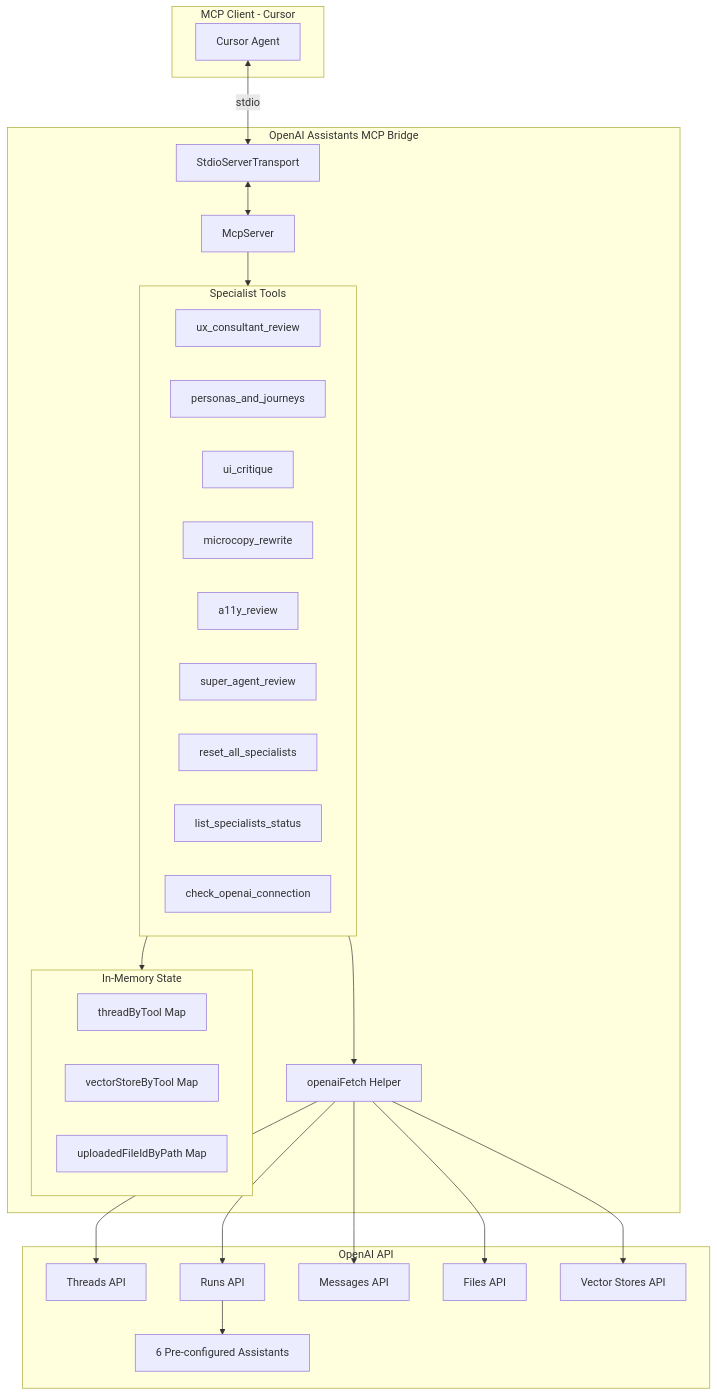
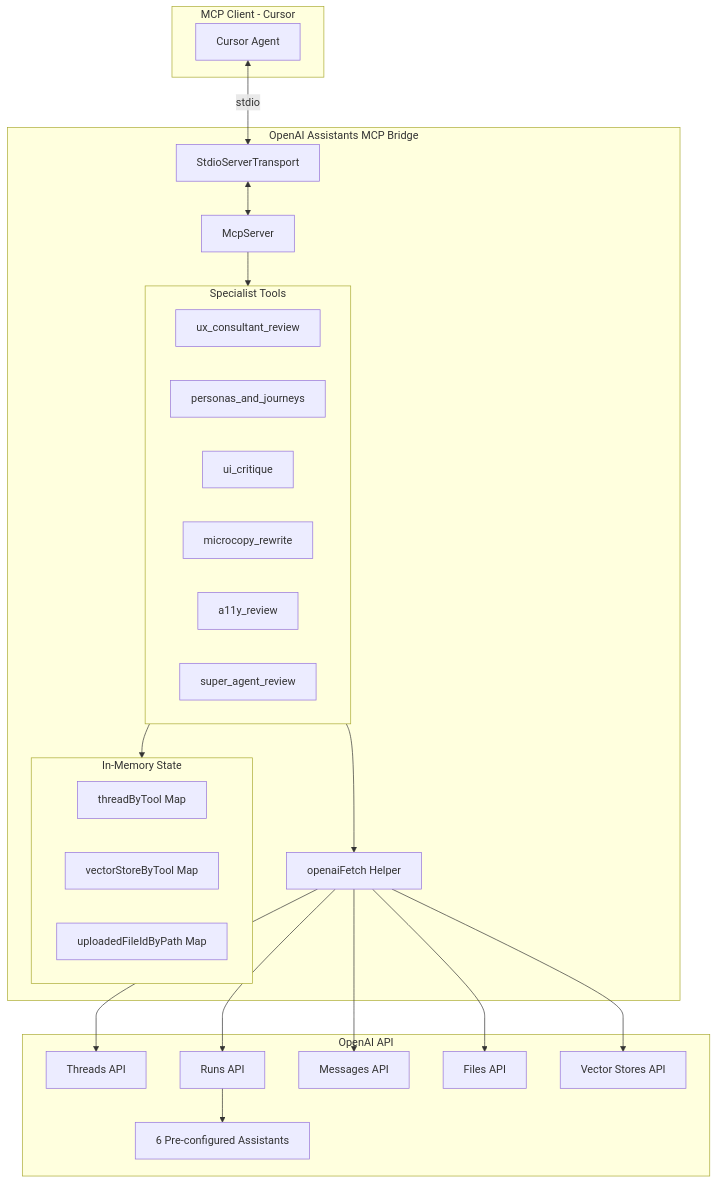
One commit to ravidorr/openai-assistants-mcp-bridge changed the diagram in README.md. Above: the diagram before and after it, drawn with Mermaid. The commit also changed other lines of this file and 17 other files, not shown here.

````diff
--- a/README.md
+++ b/README.md
@@ -7,52 +207,49 @@
 ```mermaid
 flowchart TB
     subgraph MCPClient [MCP Client - Cursor]
         CursorAgent[Cursor Agent]
     end
     
     subgraph Bridge [OpenAI Assistants MCP Bridge]
         StdioTransport[StdioServerTransport]
         McpServer[McpServer]
         
         subgraph Tools [Specialist Tools]
             UX[ux_consultant_review]
             Personas[personas_and_journeys]
             UI[ui_critique]
             Microcopy[microcopy_rewrite]
             A11y[a11y_review]
             Super[super_agent_review]
-            Reset[reset_all_specialists]
-            ListStatus[list_specialists_status]
-            HealthCheck[check_openai_connection]
         end
         
         subgraph State [In-Memory State]
             ThreadMap["threadByTool Map"]
             VectorMap["vectorStoreByTool Map"]
             FileMap["uploadedFileIdByPath Map"]
         end
         
         OpenAIFetch[openaiFetch Helper]
     end
     
     subgraph OpenAI [OpenAI API]
         Threads[Threads API]
         Runs[Runs API]
         Messages[Messages API]
         Files[Files API]
         VectorStores[Vector Stores API]
         Assistants[6 Pre-configured Assistants]
     end
     
     CursorAgent <-->|stdio| StdioTransport
     StdioTransport <--> McpServer
     McpServer --> Tools
     Tools --> State
     Tools --> OpenAIFetch
     OpenAIFetch --> Threads
     OpenAIFetch --> Runs
     OpenAIFetch --> Messages
     OpenAIFetch --> Files
     OpenAIFetch --> VectorStores
     Runs --> Assistants
 ```
````
